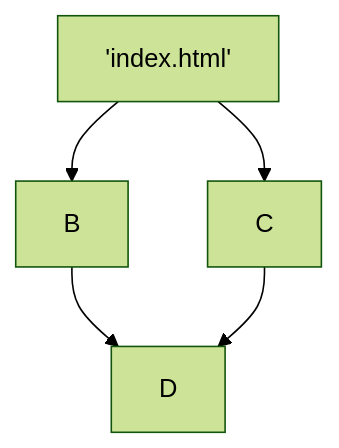
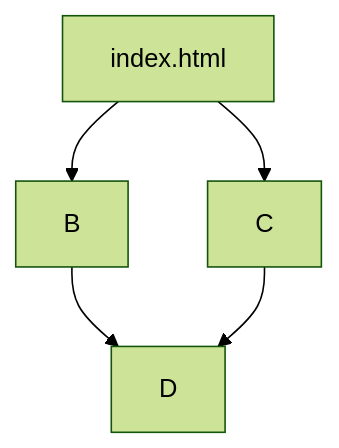
One commit to KP-KAZUMA/EXperimental changed the diagram in README.md. Above: the diagram before and after it, drawn with Mermaid (forest theme).

````diff
--- a/README.md
+++ b/README.md
@@ -5,8 +5,8 @@
 ```mermaid
   graph TD;
-  A['index.html']
+  A["index.html"]
       A-->B;
       A-->C;
       B-->D;
       C-->D;
 ```
````
